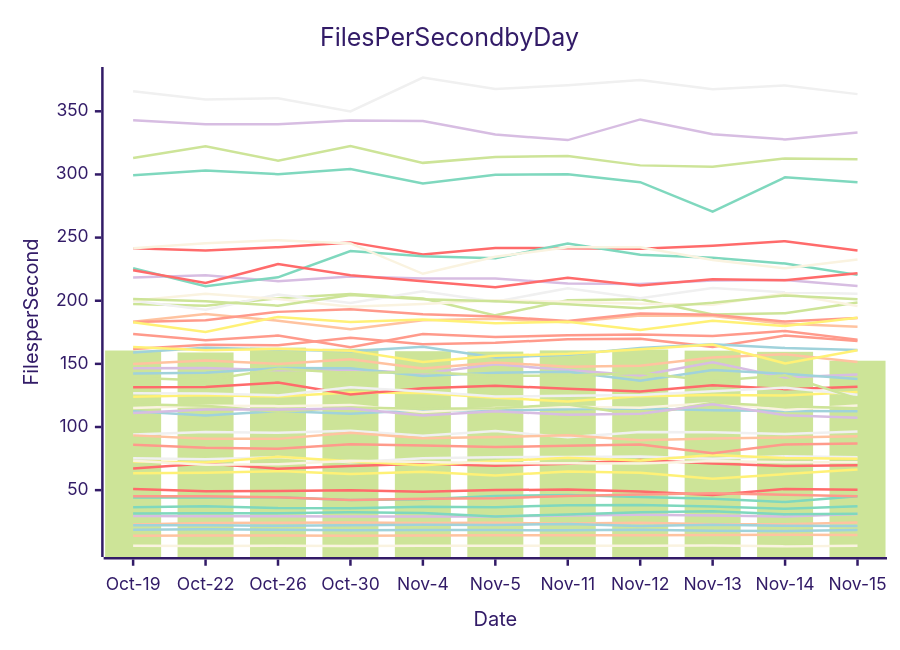
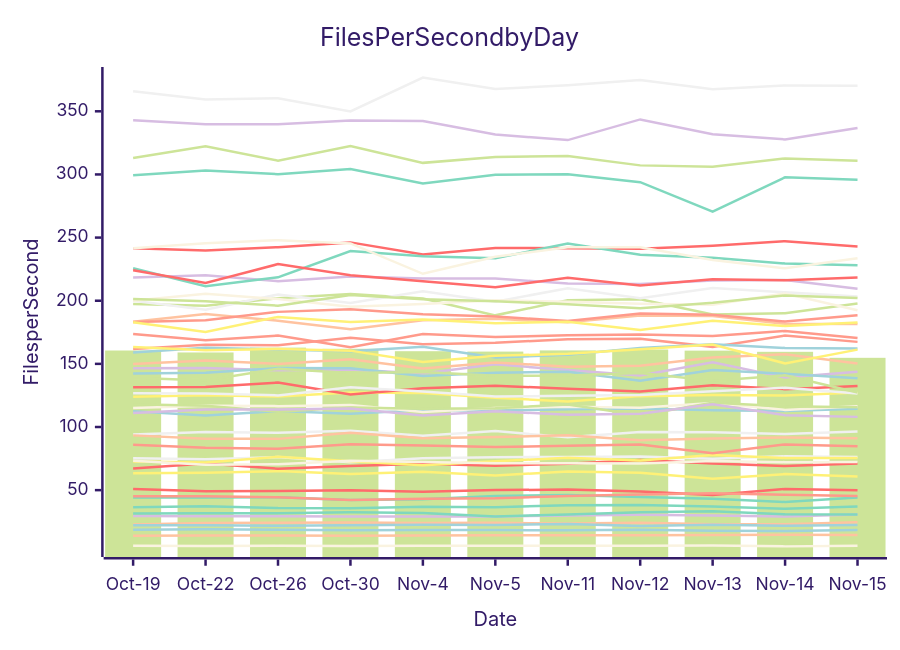
Before and after one commit to streetsidesoftware/cspell: the diagram in perf-report.md, drawn with Mermaid (forest theme). The commit also changed other lines of this file and 1 other file, not shown here.

````diff
--- a/perf-report.md
+++ b/perf-report.md
@@ -10,57 +10,57 @@
 ```mermaid
 xychart-beta
     title Files Per Second by Day
     y-axis Files per Second
     x-axis Date [Oct-19, Oct-22, Oct-26, Oct-30, Nov-4, Nov-5, Nov-11, Nov-12, Nov-13, Nov-14, Nov-15]
-    bar [160.58, 159.03, 162.88, 161.94, 160.02, 159.72, 160.65, 161.35, 160.47, 159.54, 152.49]
-    line [50.97, 49.03, 49.37, 49.99, 48.68, 50.03, 50.42, 49.00, 46.22, 50.88, 50.36]
-    line [112.56, 109.04, 112.63, 110.40, 113.53, 112.85, 114.15, 114.65, 113.36, 112.62, 112.45]
-    line [146.50, 146.67, 144.85, 145.45, 142.42, 149.63, 145.08, 140.78, 151.35, 139.20, 141.60]
-    line [93.97, 96.00, 95.45, 97.05, 93.17, 96.79, 91.80, 95.95, 95.87, 94.48, 96.49]
-    line [22.78, 23.92, 24.17, 24.43, 23.95, 24.20, 23.49, 24.08, 23.00, 23.06, 24.39]
-    line [36.49, 37.33, 35.82, 35.71, 36.86, 36.50, 38.05, 38.19, 36.99, 35.25, 37.33]
-    line [161.71, 165.23, 164.80, 170.61, 165.61, 166.70, 169.45, 169.81, 163.46, 172.46, 168.05]
-    line [6.02, 5.75, 6.03, 5.80, 6.05, 5.91, 5.92, 6.05, 6.23, 5.47, 5.88]
-    line [63.29, 63.79, 65.07, 62.75, 64.51, 61.69, 64.67, 63.79, 59.02, 62.70, 66.28]
-    line [197.32, 196.05, 201.96, 205.39, 201.71, 188.42, 200.46, 201.07, 189.10, 190.06, 198.59]
-    line [67.05, 71.08, 67.00, 69.09, 70.86, 69.37, 70.88, 73.81, 71.09, 69.11, 69.69]
-    line [18.69, 19.00, 18.63, 18.25, 18.44, 18.38, 18.23, 18.67, 17.83, 17.56, 18.51]
-    line [29.58, 29.31, 29.41, 29.14, 29.07, 29.19, 29.96, 30.60, 29.98, 29.13, 31.07]
-    line [75.28, 74.51, 76.18, 72.03, 75.21, 76.09, 76.34, 76.58, 74.79, 76.80, 75.98]
-    line [93.37, 90.70, 90.60, 95.53, 91.04, 92.11, 93.46, 89.53, 90.84, 91.64, 92.62]
-    line [44.15, 44.08, 44.42, 42.24, 42.88, 45.37, 46.20, 44.50, 43.23, 40.60, 45.19]
-    line [173.59, 168.67, 172.42, 163.25, 173.61, 171.18, 172.63, 173.35, 172.14, 176.09, 169.19]
-    line [115.01, 116.88, 116.53, 117.43, 111.89, 115.01, 116.13, 115.22, 119.08, 113.54, 117.04]
-    line [123.99, 125.15, 124.19, 127.28, 126.86, 123.18, 120.25, 124.45, 125.35, 124.99, 127.71]
-    line [118.00, 116.85, 112.16, 115.50, 114.45, 114.87, 117.85, 109.38, 119.29, 116.46, 114.84]
-    line [131.49, 131.59, 135.21, 125.70, 130.73, 132.76, 130.23, 128.16, 133.01, 129.97, 131.87]
-    line [22.11, 22.28, 21.78, 22.12, 22.59, 22.34, 23.16, 21.54, 22.68, 21.85, 21.64]
-    line [342.86, 339.81, 339.82, 342.79, 342.26, 331.64, 327.21, 343.58, 331.81, 327.76, 333.28]
-    line [199.89, 192.85, 204.98, 198.27, 207.58, 199.26, 209.84, 202.01, 209.99, 206.66, 205.57]
-    line [149.81, 152.74, 149.93, 153.73, 146.39, 151.10, 147.79, 148.60, 155.08, 157.59, 151.44]
-    line [299.41, 303.13, 300.22, 304.34, 292.89, 299.81, 300.08, 293.90, 270.62, 297.75, 293.84]
-    line [45.18, 45.07, 44.31, 42.25, 43.22, 43.49, 45.34, 46.46, 47.61, 46.36, 45.21]
-    line [199.93, 205.59, 201.31, 195.27, 197.35, 200.31, 199.19, 197.63, 196.85, 205.77, 195.85]
-    line [72.64, 71.96, 76.44, 72.80, 69.62, 72.93, 75.62, 73.39, 77.86, 75.46, 74.80]
-    line [201.34, 199.55, 196.07, 204.60, 201.12, 199.63, 197.18, 194.05, 198.31, 204.17, 201.21]
-    line [241.48, 239.78, 242.41, 246.20, 236.64, 241.81, 241.59, 241.14, 243.55, 247.17, 239.70]
-    line [158.95, 162.77, 161.40, 160.02, 163.60, 155.05, 157.20, 162.55, 165.62, 162.61, 160.92]
-    line [218.31, 220.10, 215.49, 219.14, 217.54, 217.64, 213.57, 213.32, 216.11, 216.43, 211.63]
-    line [126.74, 126.46, 125.04, 131.49, 128.05, 124.13, 124.73, 125.27, 128.39, 131.06, 125.58]
-    line [183.26, 189.47, 184.23, 177.36, 184.49, 185.72, 182.94, 188.28, 187.98, 181.73, 179.46]
-    line [225.66, 211.47, 218.53, 239.32, 235.17, 233.67, 245.24, 236.50, 233.98, 229.39, 220.46]
-    line [183.18, 184.56, 191.17, 193.23, 189.38, 187.47, 183.93, 189.93, 188.83, 183.53, 186.29]
-    line [73.27, 70.11, 70.57, 73.22, 72.23, 71.32, 71.25, 71.08, 73.06, 72.16, 72.16]
-    line [183.04, 175.20, 187.18, 183.23, 185.22, 182.14, 183.42, 176.89, 184.07, 179.92, 186.52]
-    line [313.03, 322.37, 310.93, 322.55, 309.17, 313.73, 314.69, 307.18, 306.00, 312.70, 312.10]
-    line [224.21, 213.97, 229.01, 220.21, 215.36, 210.66, 218.14, 212.13, 216.95, 216.28, 221.83]
-    line [142.44, 143.06, 146.69, 146.59, 140.40, 143.02, 143.74, 136.69, 145.20, 142.11, 137.95]
-    line [111.02, 113.95, 113.80, 114.69, 109.15, 112.48, 109.72, 110.55, 118.02, 109.29, 107.32]
-    line [365.93, 359.34, 360.33, 349.95, 376.67, 367.68, 370.64, 374.87, 367.41, 370.51, 363.61]
-    line [13.81, 14.01, 14.02, 13.97, 14.18, 14.33, 14.26, 14.23, 14.49, 14.71, 14.53]
-    line [31.44, 31.67, 31.78, 32.41, 31.83, 29.14, 30.76, 32.43, 33.35, 30.87, 31.37]
-    line [86.03, 83.62, 82.78, 86.40, 85.26, 84.18, 85.13, 86.07, 79.22, 86.18, 86.84]
-    line [241.58, 245.56, 247.95, 245.41, 221.31, 234.75, 242.27, 242.37, 232.19, 225.67, 232.69]
-    line [163.29, 160.80, 161.82, 160.48, 151.46, 156.36, 158.02, 161.56, 165.28, 150.34, 160.80]
-    line [139.08, 136.76, 146.14, 142.74, 143.48, 140.52, 140.72, 142.75, 136.72, 140.92, 122.39]
+    bar [160.58, 159.03, 162.88, 161.94, 160.02, 159.72, 160.65, 161.35, 160.47, 159.54, 154.79]
+    line [50.97, 49.03, 49.37, 49.99, 48.68, 50.03, 50.42, 49.00, 46.22, 50.88, 49.95]
+    line [112.56, 109.04, 112.63, 110.40, 113.53, 112.85, 114.15, 114.65, 113.36, 112.62, 114.36]
+    line [146.50, 146.67, 144.85, 145.45, 142.42, 149.63, 145.08, 140.78, 151.35, 139.20, 143.75]
+    line [93.97, 96.00, 95.45, 97.05, 93.17, 96.79, 91.80, 95.95, 95.87, 94.48, 96.44]
+    line [22.78, 23.92, 24.17, 24.43, 23.95, 24.20, 23.49, 24.08, 23.00, 23.06, 24.50]
+    line [36.49, 37.33, 35.82, 35.71, 36.86, 36.50, 38.05, 38.19, 36.99, 35.25, 37.09]
+    line [161.71, 165.23, 164.80, 170.61, 165.61, 166.70, 169.45, 169.81, 163.46, 172.46, 167.41]
+    line [6.02, 5.75, 6.03, 5.80, 6.05, 5.91, 5.92, 6.05, 6.23, 5.47, 5.95]
+    line [63.29, 63.79, 65.07, 62.75, 64.51, 61.69, 64.67, 63.79, 59.02, 62.70, 60.80]
+    line [197.32, 196.05, 201.96, 205.39, 201.71, 188.42, 200.46, 201.07, 189.10, 190.06, 197.82]
+    line [67.05, 71.08, 67.00, 69.09, 70.86, 69.37, 70.88, 73.81, 71.09, 69.11, 71.10]
+    line [18.69, 19.00, 18.63, 18.25, 18.44, 18.38, 18.23, 18.67, 17.83, 17.56, 18.43]
+    line [29.58, 29.31, 29.41, 29.14, 29.07, 29.19, 29.96, 30.60, 29.98, 29.13, 30.65]
+    line [75.28, 74.51, 76.18, 72.03, 75.21, 76.09, 76.34, 76.58, 74.79, 76.80, 76.30]
+    line [93.37, 90.70, 90.60, 95.53, 91.04, 92.11, 93.46, 89.53, 90.84, 91.64, 91.15]
+    line [44.15, 44.08, 44.42, 42.24, 42.88, 45.37, 46.20, 44.50, 43.23, 40.60, 44.15]
+    line [173.59, 168.67, 172.42, 163.25, 173.61, 171.18, 172.63, 173.35, 172.14, 176.09, 170.54]
+    line [115.01, 116.88, 116.53, 117.43, 111.89, 115.01, 116.13, 115.22, 119.08, 113.54, 116.51]
+    line [123.99, 125.15, 124.19, 127.28, 126.86, 123.18, 120.25, 124.45, 125.35, 124.99, 127.41]
+    line [118.00, 116.85, 112.16, 115.50, 114.45, 114.87, 117.85, 109.38, 119.29, 116.46, 115.59]
+    line [131.49, 131.59, 135.21, 125.70, 130.73, 132.76, 130.23, 128.16, 133.01, 129.97, 132.49]
+    line [22.11, 22.28, 21.78, 22.12, 22.59, 22.34, 23.16, 21.54, 22.68, 21.85, 22.43]
+    line [342.86, 339.81, 339.82, 342.79, 342.26, 331.64, 327.21, 343.58, 331.81, 327.76, 336.79]
+    line [199.89, 192.85, 204.98, 198.27, 207.58, 199.26, 209.84, 202.01, 209.99, 206.66, 203.31]
+    line [149.81, 152.74, 149.93, 153.73, 146.39, 151.10, 147.79, 148.60, 155.08, 157.59, 150.36]
+    line [299.41, 303.13, 300.22, 304.34, 292.89, 299.81, 300.08, 293.90, 270.62, 297.75, 295.78]
+    line [45.18, 45.07, 44.31, 42.25, 43.22, 43.49, 45.34, 46.46, 47.61, 46.36, 45.42]
+    line [199.93, 205.59, 201.31, 195.27, 197.35, 200.31, 199.19, 197.63, 196.85, 205.77, 192.52]
+    line [72.64, 71.96, 76.44, 72.80, 69.62, 72.93, 75.62, 73.39, 77.86, 75.46, 75.53]
+    line [201.34, 199.55, 196.07, 204.60, 201.12, 199.63, 197.18, 194.05, 198.31, 204.17, 202.23]
+    line [241.48, 239.78, 242.41, 246.20, 236.64, 241.81, 241.59, 241.14, 243.55, 247.17, 242.91]
+    line [158.95, 162.77, 161.40, 160.02, 163.60, 155.05, 157.20, 162.55, 165.62, 162.61, 162.23]
+    line [218.31, 220.10, 215.49, 219.14, 217.54, 217.64, 213.57, 213.32, 216.11, 216.43, 209.55]
+    line [126.74, 126.46, 125.04, 131.49, 128.05, 124.13, 124.73, 125.27, 128.39, 131.06, 126.59]
+    line [183.26, 189.47, 184.23, 177.36, 184.49, 185.72, 182.94, 188.28, 187.98, 181.73, 181.49]
+    line [225.66, 211.47, 218.53, 239.32, 235.17, 233.67, 245.24, 236.50, 233.98, 229.39, 228.12]
+    line [183.18, 184.56, 191.17, 193.23, 189.38, 187.47, 183.93, 189.93, 188.83, 183.53, 188.50]
+    line [73.27, 70.11, 70.57, 73.22, 72.23, 71.32, 71.25, 71.08, 73.06, 72.16, 72.33]
+    line [183.04, 175.20, 187.18, 183.23, 185.22, 182.14, 183.42, 176.89, 184.07, 179.92, 182.71]
+    line [313.03, 322.37, 310.93, 322.55, 309.17, 313.73, 314.69, 307.18, 306.00, 312.70, 310.78]
+    line [224.21, 213.97, 229.01, 220.21, 215.36, 210.66, 218.14, 212.13, 216.95, 216.28, 218.40]
+    line [142.44, 143.06, 146.69, 146.59, 140.40, 143.02, 143.74, 136.69, 145.20, 142.11, 138.52]
+    line [111.02, 113.95, 113.80, 114.69, 109.15, 112.48, 109.72, 110.55, 118.02, 109.29, 108.02]
+    line [365.93, 359.34, 360.33, 349.95, 376.67, 367.68, 370.64, 374.87, 367.41, 370.51, 370.21]
+    line [13.81, 14.01, 14.02, 13.97, 14.18, 14.33, 14.26, 14.23, 14.49, 14.71, 14.55]
+    line [31.44, 31.67, 31.78, 32.41, 31.83, 29.14, 30.76, 32.43, 33.35, 30.87, 30.71]
+    line [86.03, 83.62, 82.78, 86.40, 85.26, 84.18, 85.13, 86.07, 79.22, 86.18, 84.80]
+    line [241.58, 245.56, 247.95, 245.41, 221.31, 234.75, 242.27, 242.37, 232.19, 225.67, 233.72]
+    line [163.29, 160.80, 161.82, 160.48, 151.46, 156.36, 158.02, 161.56, 165.28, 150.34, 161.29]
+    line [139.08, 136.76, 146.14, 142.74, 143.48, 140.52, 140.72, 142.75, 136.72, 140.92, 127.38]
 ```
````
